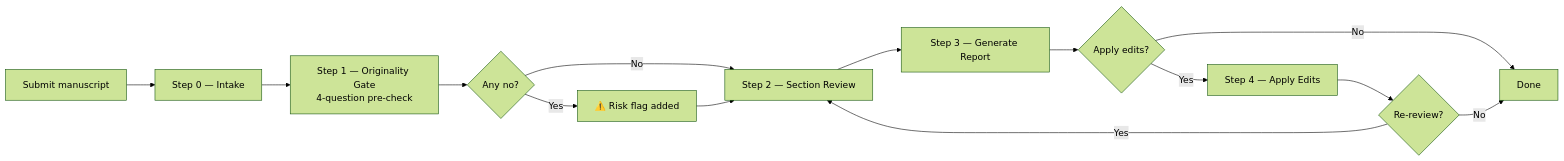
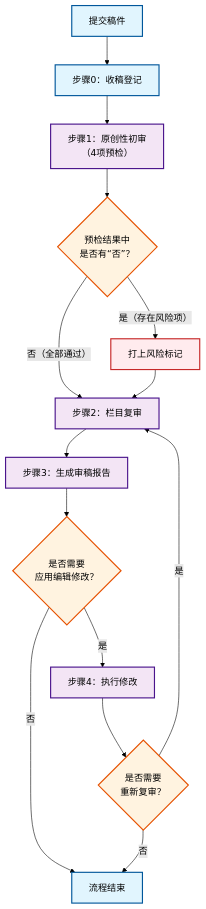
Before and after one commit to xiaojjo/sci-writestructure: the diagram in README.md, drawn with Mermaid (forest theme).

````diff
--- a/README.md
+++ b/README.md
@@ -26,16 +26,33 @@
 ```mermaid
-flowchart LR
-    A[Submit manuscript] --> B[Step 0 — Intake]
-    B --> C[Step 1 — Originality Gate\n4-question pre-check]
-    C --> D{Any no?}
-    D -->|Yes| E[⚠️ Risk flag added]
-    D -->|No| F[Step 2 — Section Review]
+flowchart TB
+    %% 定义样式
+    classDef startEnd fill:#e1f5fe,stroke:#01579b,stroke-width:2px;
+    classDef process fill:#f3e5f5,stroke:#4a148c,stroke-width:2px;
+    classDef decision fill:#fff3e0,stroke:#e65100,stroke-width:2px;
+    classDef risk fill:#ffebee,stroke:#c62828,stroke-width:2px;
+
+    A[提交稿件] --> B[步骤0：收稿登记]
+    B --> C[步骤1：原创性初审<br>（4项预检）]
+    C --> D{预检结果中<br>是否有“否”？}
+    
+    D -->|是（存在风险项）| E[打上风险标记]
+    D -->|否（全部通过）| F[步骤2：栏目复审]
     E --> F
-    F --> G[Step 3 — Generate Report]
-    G --> H{Apply edits?}
-    H -->|Yes| I[Step 4 — Apply Edits]
-    H -->|No| J[Done]
-    I --> K{Re-review?}
-    K -->|Yes| F
-    K -->|No| J
+    
+    F --> G[步骤3：生成审稿报告]
+    G --> H{是否需要<br>应用编辑修改？}
+    
+    H -->|是| I[步骤4：执行修改]
+    H -->|否| J[流程结束]
+    
+    I --> K{是否需要<br>重新复审？}
+    K -->|是| F
+    K -->|否| J
+
+    %% 应用样式
+    class A,B startEnd;
+    class C,F,G,I process;
+    class D,H,K decision;
+    class E risk;
+    class J startEnd;
 ```
````
